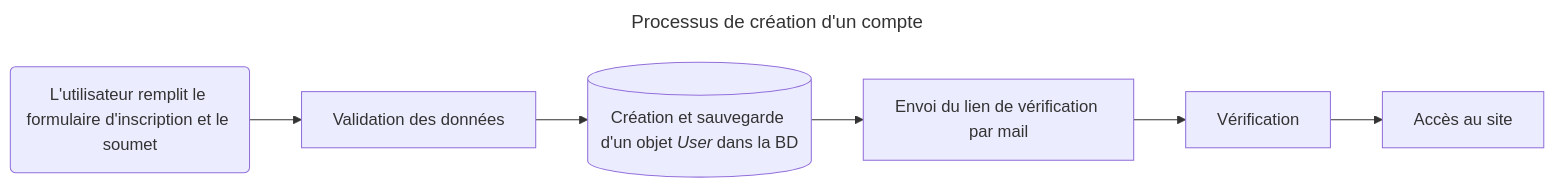
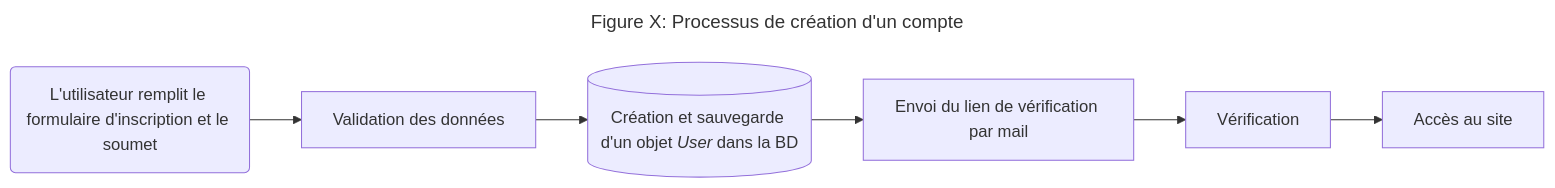
The third of 4 diagrams in rapport.md (Zbebz/caverne-dAli-baba), drawn with Mermaid before and after one commit. The commit also changed other lines of this file, not shown here.

````diff
--- a/rapport.md
+++ b/rapport.md
@@ -186,7 +225,7 @@
 ```mermaid
 ---
-title: Processus de création d'un compte
+title: "Figure X: Processus de création d'un compte"
 ---
 flowchart LR
 id1("`L'utilisateur remplit le formulaire d'inscription et le soumet`")-->id2[Validation des données]-->id3[("`Création et sauvegarde d'un objet *User* dans la BD`")]-->id4["`Envoi du lien de vérification par mail`" ]-->id5["`Vérification`" ]-->id6["`Accès au site`" ]
 ```
````
